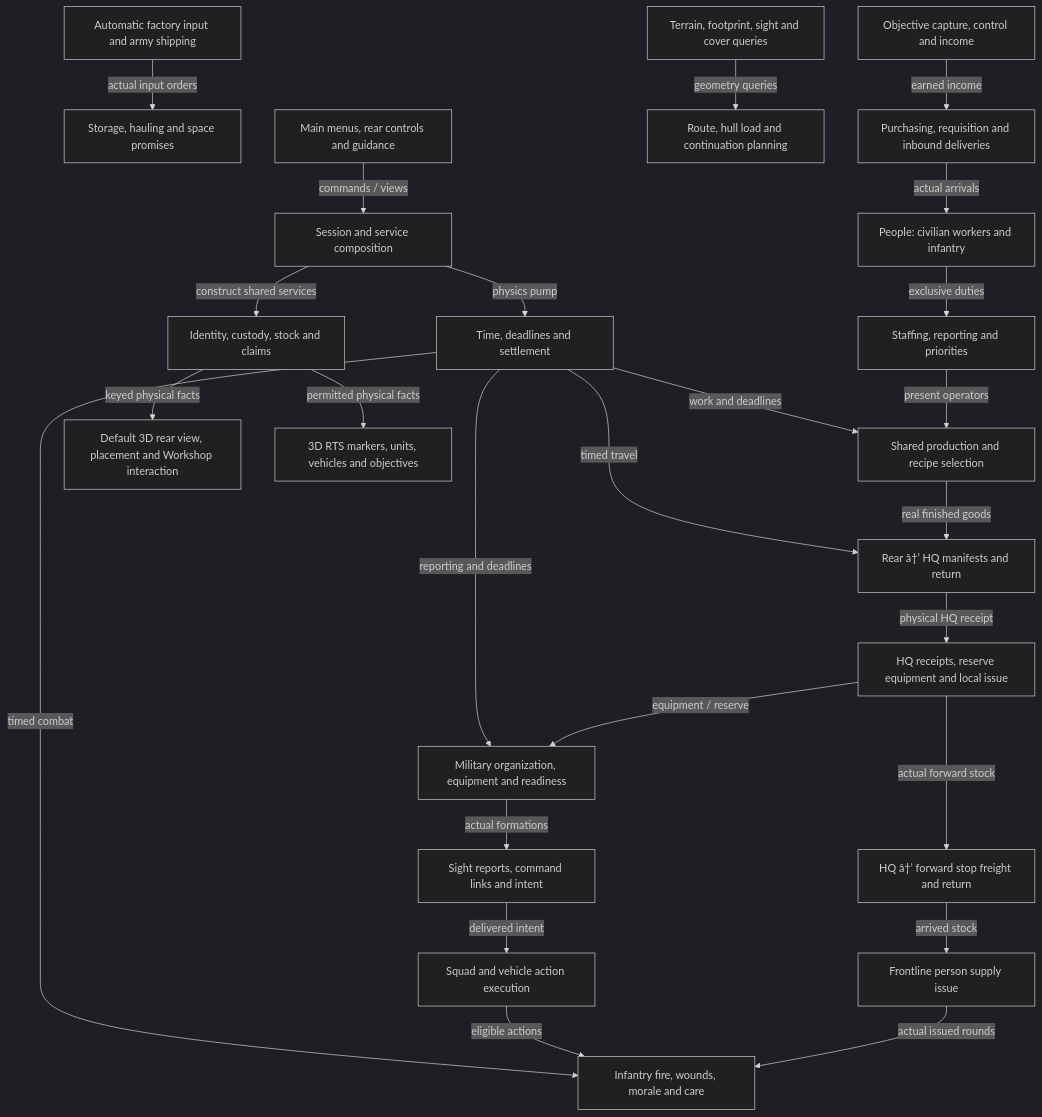
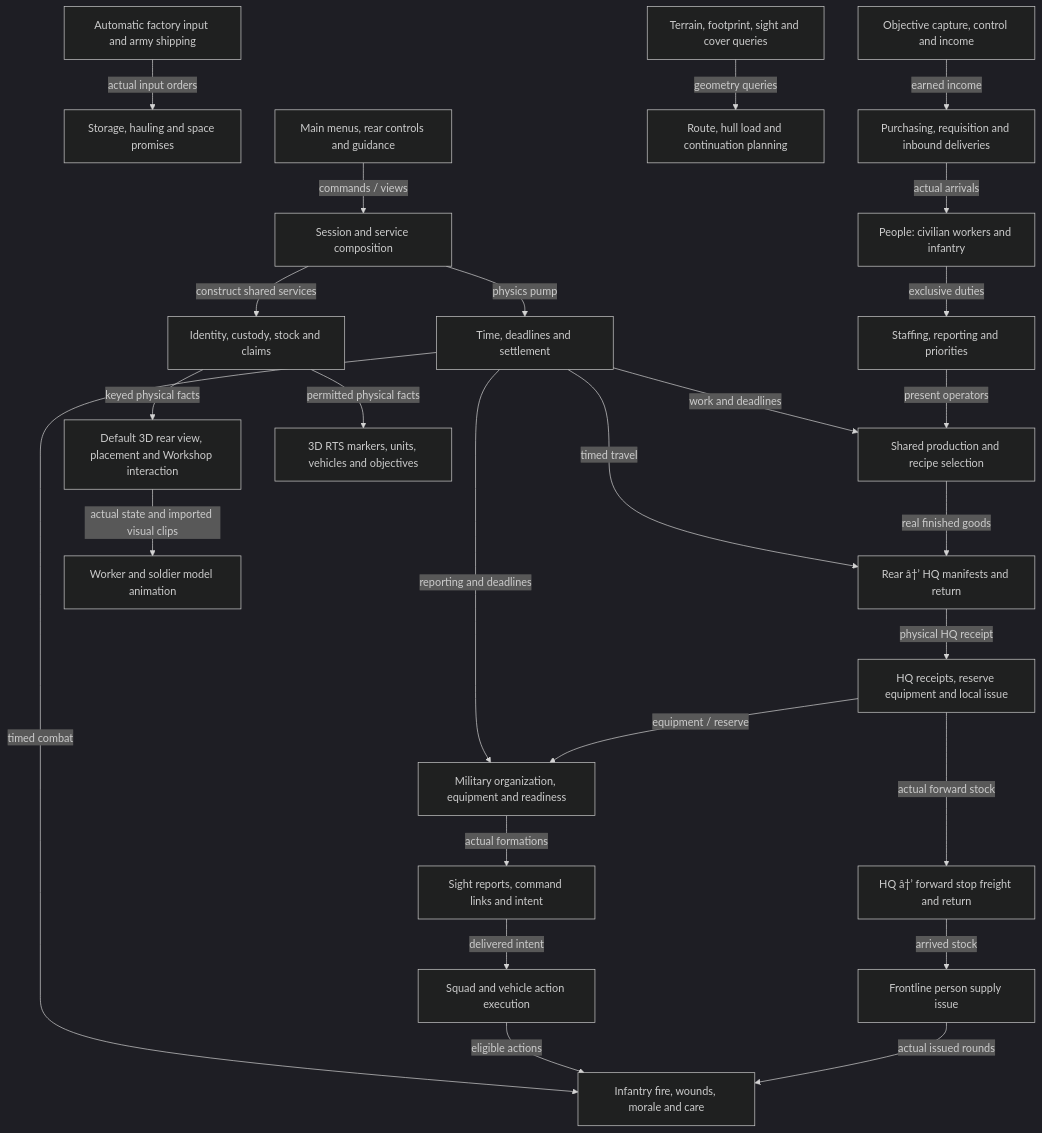
Before and after one commit to TheInfinityIQ/Trencho_V4: the first of 50 diagrams in docs/system_atlas.md, drawn with Mermaid (dark theme). The commit also changed other lines of this file and 24 other files, not shown here.

````diff
--- a/docs/system_atlas.md
+++ b/docs/system_atlas.md
@@ -14,50 +14,52 @@
 ```mermaid
 flowchart TD
     session["Session and service composition"]
     clock["Time, deadlines and settlement"]
     identity["Identity, custody, stock and claims"]
     people["People: civilian workers and infantry"]
     staffing["Staffing, reporting and priorities"]
     hauling["Storage, hauling and space promises"]
     procurement["Purchasing, requisition and inbound deliveries"]
     production["Shared production and recipe selection"]
     dispatch["Rear â†’ HQ manifests and return"]
     hq["HQ receipts, reserve equipment and local issue"]
     logistics["Automatic factory input and army shipping"]
     army["Military organization, equipment and readiness"]
     orders["Sight reports, command links and intent"]
     execution["Squad and vehicle action execution"]
     forward["Frontline person supply issue"]
     freight["HQ â†’ forward stop freight and return"]
     combat["Infantry fire, wounds, morale and care"]
     objectives["Objective capture, control and income"]
     terrain["Terrain, footprint, sight and cover queries"]
     routes["Route, hull load and continuation planning"]
     ui["Main menus, rear controls and guidance"]
     preview["Default 3D rear view, placement and Workshop interaction"]
     field3d["3D RTS markers, units, vehicles and objectives"]
+    character_animation["Worker and soldier model animation"]
     ui -->|"commands / views"| session
     session -->|"physics pump"| clock
     session -->|"construct shared services"| identity
     clock -->|"work and deadlines"| production
     clock -->|"reporting and deadlines"| army
     clock -->|"timed combat"| combat
     clock -->|"timed travel"| dispatch
     procurement -->|"actual arrivals"| people
     people -->|"exclusive duties"| staffing
     staffing -->|"present operators"| production
     logistics -->|"actual input orders"| hauling
     production -->|"real finished goods"| dispatch
     dispatch -->|"physical HQ receipt"| hq
     hq -->|"equipment / reserve"| army
     army -->|"actual formations"| orders
     orders -->|"delivered intent"| execution
     execution -->|"eligible actions"| combat
     hq -->|"actual forward stock"| freight
     freight -->|"arrived stock"| forward
     forward -->|"actual issued rounds"| combat
     objectives -->|"earned income"| procurement
     terrain -->|"geometry queries"| routes
     identity -->|"keyed physical facts"| preview
     identity -->|"permitted physical facts"| field3d
+    preview -->|"actual state and imported visual clips"| character_animation
 ```
````
